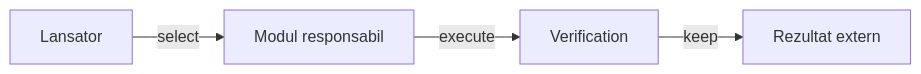
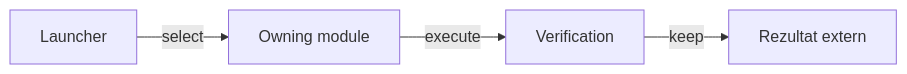
Before and after one commit to crististefanita/atf_j4: the diagram in scripts/README.md, drawn with Mermaid. The commit also changed other lines of this file and 84 other files, not shown here.

````diff
--- a/scripts/README.md
+++ b/scripts/README.md
@@ -25,6 +25,6 @@
 ```mermaid
 flowchart LR
-    RUN[Lansator] -->|select| MODULE[Modul responsabil]
+    RUN[Launcher] -->|select| MODULE[Owning module]
     MODULE -->|execute| CHECK[Verification]
     CHECK -->|keep| OUT[Rezultat extern]
 ```
````
